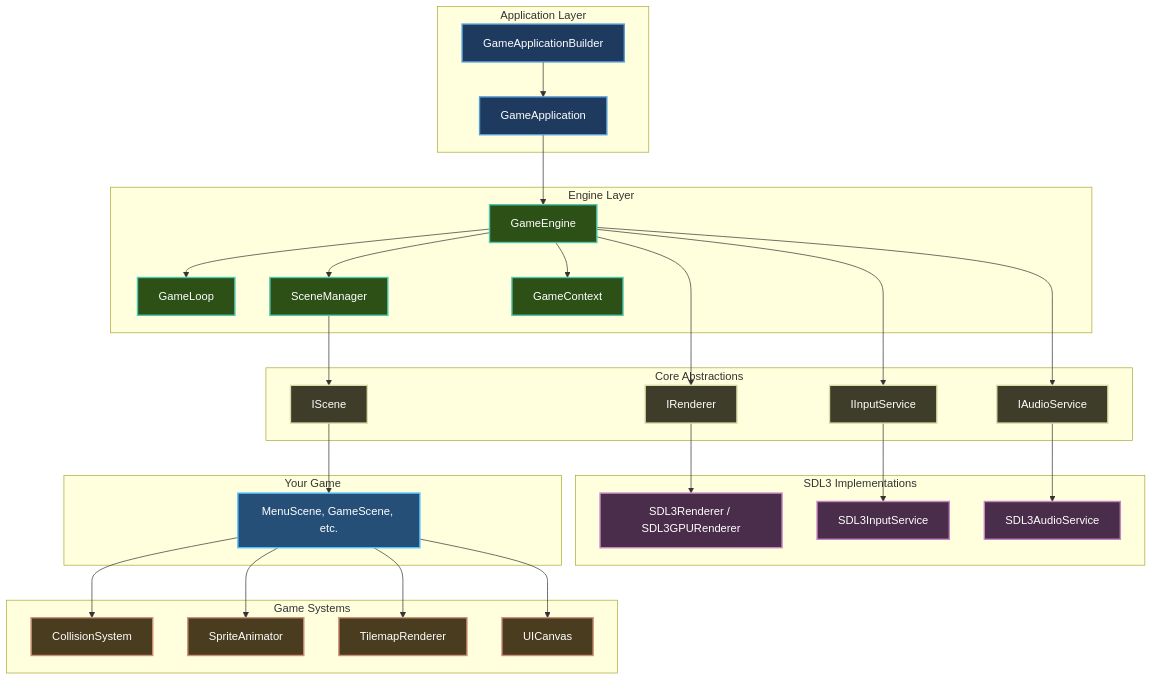
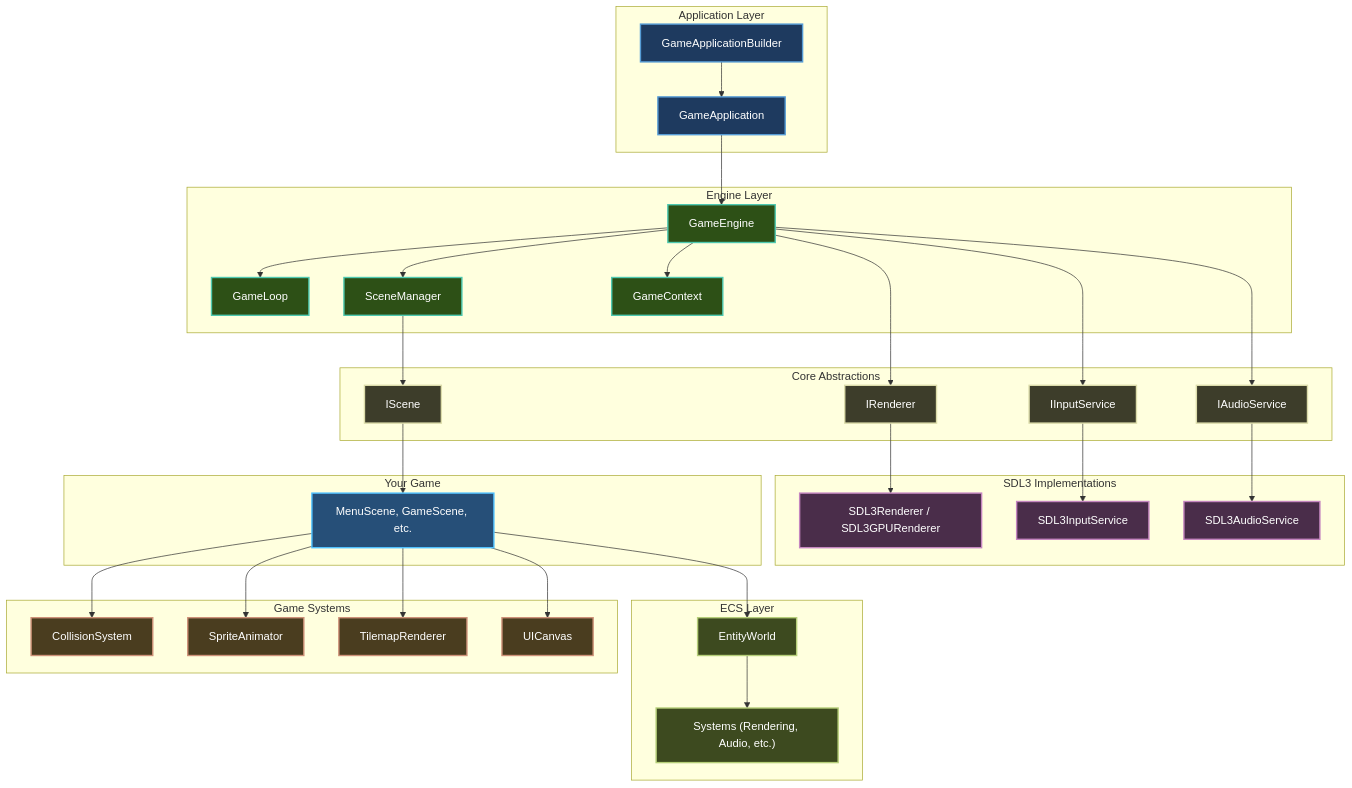
One commit to CrazyPickleStudios/Brine2D-Documentation changed the first of 4 diagrams in docs/concepts/architecture.md. Above: the diagram before and after it, drawn with Mermaid. The commit also changed other lines of this file and 11 other files, not shown here.

````diff
--- a/docs/concepts/architecture.md
+++ b/docs/concepts/architecture.md
@@ -34,6 +34,11 @@
         SDL_RENDER["SDL3Renderer / SDL3GPURenderer"]
         SDL_INPUT["SDL3InputService"]
         SDL_AUDIO["SDL3AudioService"]
+    end
+    
+    subgraph "ECS Layer"
+        ECS["EntityWorld"]
+        SYSTEMS["Systems (Rendering, Audio, etc.)"]
     end
     
     subgraph "Game Systems"
@@ -64,27 +69,32 @@
     IINPUT --> SDL_INPUT
     IAUDIO --> SDL_AUDIO
     
+    SCENES --> ECS
+    ECS --> SYSTEMS
+    
     SCENES --> COLLISION
     SCENES --> ANIMATION
     SCENES --> TILEMAP
     SCENES --> UI
 
     style APP fill:#1e3a5f,stroke:#569cd6,stroke-width:2px,color:#fff
-style BUILDER fill:#1e3a5f,stroke:#569cd6,stroke-width:2px,color:#fff
-style ENGINE fill:#2d5016,stroke:#4ec9b0,stroke-width:2px,color:#fff
-style LOOP fill:#2d5016,stroke:#4ec9b0,stroke-width:2px,color:#fff
-style SCENEMGR fill:#2d5016,stroke:#4ec9b0,stroke-width:2px,color:#fff
-style CONTEXT fill:#2d5016,stroke:#4ec9b0,stroke-width:2px,color:#fff
-style ISCENE fill:#3d3d2a,stroke:#dcdcaa,stroke-width:2px,color:#fff
-style IRENDERER fill:#3d3d2a,stroke:#dcdcaa,stroke-width:2px,color:#fff
-style IINPUT fill:#3d3d2a,stroke:#dcdcaa,stroke-width:2px,color:#fff
-style IAUDIO fill:#3d3d2a,stroke:#dcdcaa,stroke-width:2px,color:#fff
-style SDL_RENDER fill:#4a2d4a,stroke:#c586c0,stroke-width:2px,color:#fff
-style SDL_INPUT fill:#4a2d4a,stroke:#c586c0,stroke-width:2px,color:#fff
-style SDL_AUDIO fill:#4a2d4a,stroke:#c586c0,stroke-width:2px,color:#fff
-style COLLISION fill:#4a3d1f,stroke:#ce9178,stroke-width:2px,color:#fff
-style ANIMATION fill:#4a3d1f,stroke:#ce9178,stroke-width:2px,color:#fff
-style TILEMAP fill:#4a3d1f,stroke:#ce9178,stroke-width:2px,color:#fff
-style UI fill:#4a3d1f,stroke:#ce9178,stroke-width:2px,color:#fff
-style SCENES fill:#264f78,stroke:#4fc1ff,stroke-width:2px,color:#fff
+    style BUILDER fill:#1e3a5f,stroke:#569cd6,stroke-width:2px,color:#fff
+    style ENGINE fill:#2d5016,stroke:#4ec9b0,stroke-width:2px,color:#fff
+    style LOOP fill:#2d5016,stroke:#4ec9b0,stroke-width:2px,color:#fff
+    style SCENEMGR fill:#2d5016,stroke:#4ec9b0,stroke-width:2px,color:#fff
+    style CONTEXT fill:#2d5016,stroke:#4ec9b0,stroke-width:2px,color:#fff
+    style ISCENE fill:#3d3d2a,stroke:#dcdcaa,stroke-width:2px,color:#fff
+    style IRENDERER fill:#3d3d2a,stroke:#dcdcaa,stroke-width:2px,color:#fff
+    style IINPUT fill:#3d3d2a,stroke:#dcdcaa,stroke-width:2px,color:#fff
+    style IAUDIO fill:#3d3d2a,stroke:#dcdcaa,stroke-width:2px,color:#fff
+    style SDL_RENDER fill:#4a2d4a,stroke:#c586c0,stroke-width:2px,color:#fff
+    style SDL_INPUT fill:#4a2d4a,stroke:#c586c0,stroke-width:2px,color:#fff
+    style SDL_AUDIO fill:#4a2d4a,stroke:#c586c0,stroke-width:2px,color:#fff
+    style ECS fill:#3d4a1f,stroke:#b5ce78,stroke-width:2px,color:#fff
+    style SYSTEMS fill:#3d4a1f,stroke:#b5ce78,stroke-width:2px,color:#fff
+    style COLLISION fill:#4a3d1f,stroke:#ce9178,stroke-width:2px,color:#fff
+    style ANIMATION fill:#4a3d1f,stroke:#ce9178,stroke-width:2px,color:#fff
+    style TILEMAP fill:#4a3d1f,stroke:#ce9178,stroke-width:2px,color:#fff
+    style UI fill:#4a3d1f,stroke:#ce9178,stroke-width:2px,color:#fff
+    style SCENES fill:#264f78,stroke:#4fc1ff,stroke-width:2px,color:#fff
 ```
````
